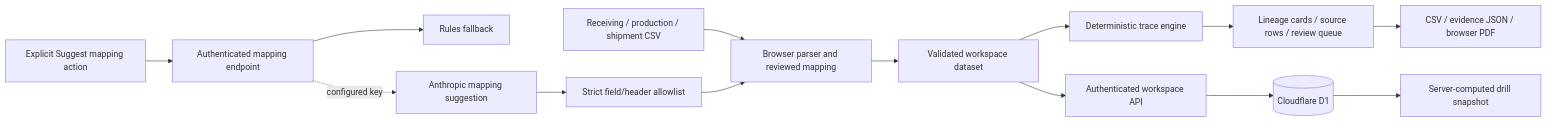
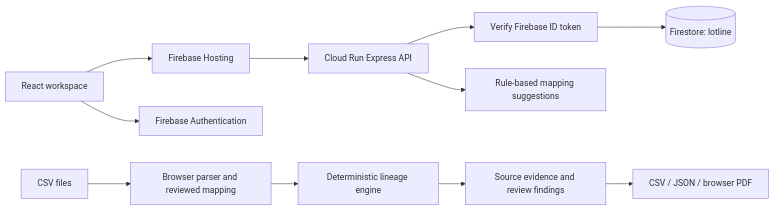
The diagram in docs/architecture.md (shi1720/lotline), drawn with Mermaid before and after one commit. The commit also changed other lines of this file and 42 other files, not shown here.

Commit message:
Ship Lotline on Firebase with verified private evidence workflows

````diff
--- a/docs/architecture.md
+++ b/docs/architecture.md
@@ -7,16 +9,13 @@
 ```mermaid
 flowchart LR
-  C[Receiving / production / shipment CSV] --> I[Browser parser and reviewed mapping]
-  I --> V[Validated workspace dataset]
-  V --> T[Deterministic trace engine]
-  T --> U[Lineage cards / source rows / review queue]
-  U --> X[CSV / evidence JSON / browser PDF]
-  V --> A[Authenticated workspace API]
-  A --> D[(Cloudflare D1)]
-  D --> S[Server-computed drill snapshot]
-  H[Explicit Suggest mapping action] --> M[Authenticated mapping endpoint]
-  M --> R[Rules fallback]
-  M -. configured key .-> L[Anthropic mapping suggestion]
-  L --> G[Strict field/header allowlist]
-  G --> I
+  Browser[React workspace] --> Hosting[Firebase Hosting]
+  Browser --> Auth[Firebase Authentication]
+  Hosting --> API[Cloud Run Express API]
+  API --> Verify[Verify Firebase ID token]
+  Verify --> Store[(Firestore: lotline)]
+  CSV[CSV files] --> Parse[Browser parser and reviewed mapping]
+  Parse --> Trace[Deterministic lineage engine]
+  Trace --> Evidence[Source evidence and review findings]
+  Evidence --> Export[CSV / JSON / browser PDF]
+  API --> Rules[Rule-based mapping suggestions]
 ```
````
